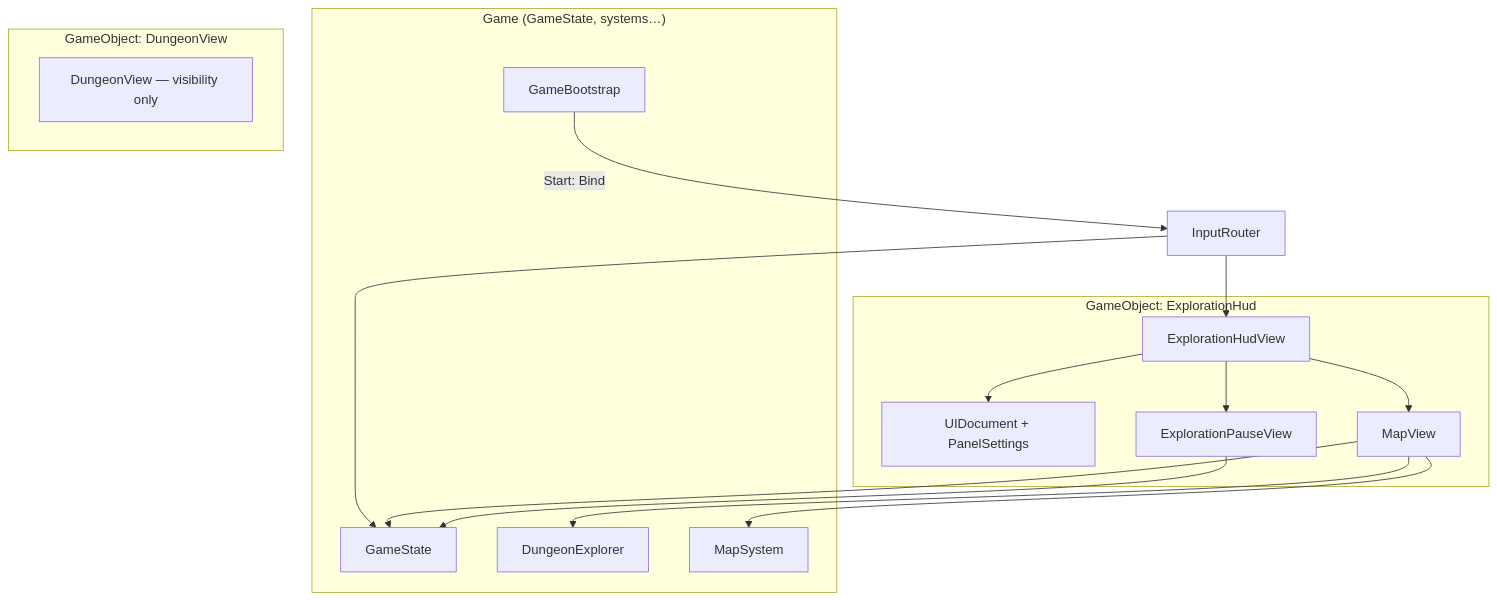
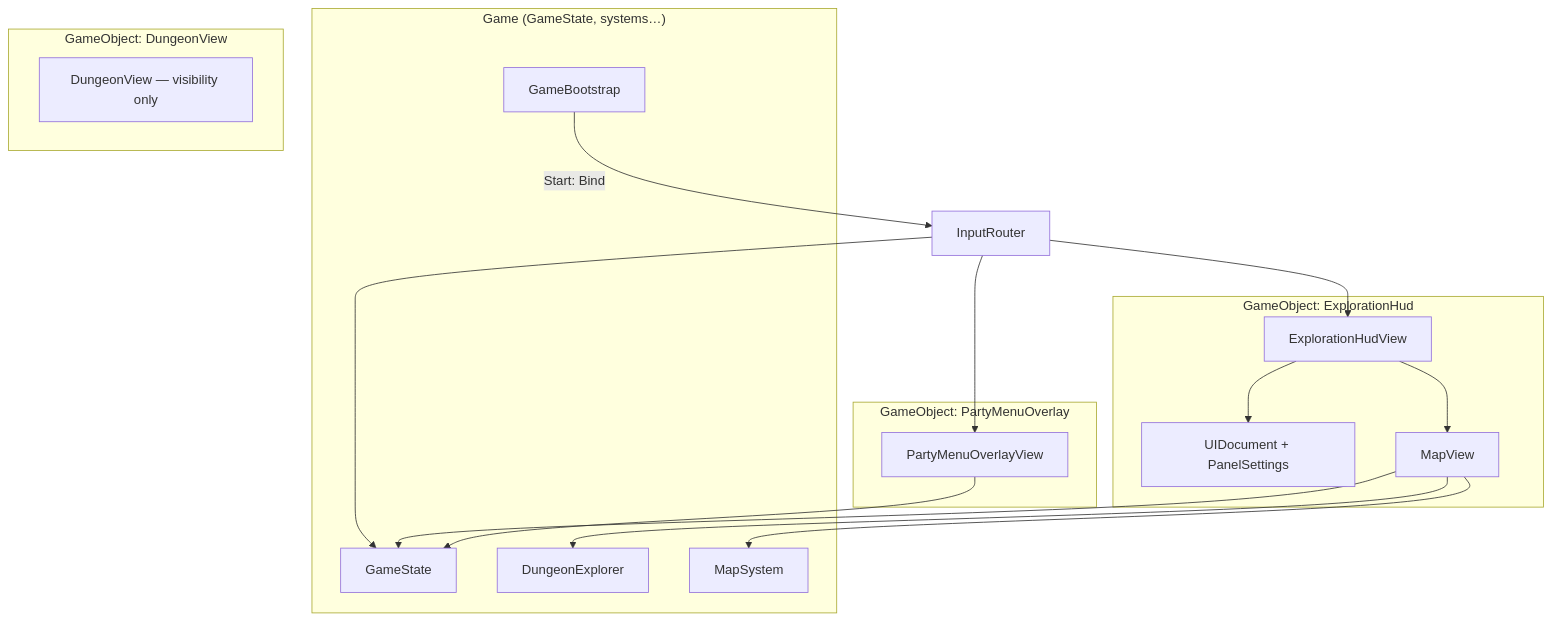
Before and after one commit to miramocha/griddungeon-design-docs: the first of 5 diagrams in docs/02-systems/exploration-ui.md, drawn with Mermaid. The commit also changed other lines of this file and 3 other files, not shown here.

First line of the commit message:
docs(ui): party menu is exploration pause shell

````diff
--- a/docs/02-systems/exploration-ui.md
+++ b/docs/02-systems/exploration-ui.md
@@ -36,33 +36,36 @@
 ```mermaid
 flowchart TB
     subgraph GameRoot["Game (GameState, systems…)"]
         GS[GameState]
         EX[DungeonExplorer]
         MS[MapSystem]
         GB[GameBootstrap]
     end
 
     subgraph ExplorationHudGO["GameObject: ExplorationHud"]
         DOC[UIDocument + PanelSettings]
         EHV[ExplorationHudView]
         MV[MapView]
-        EPV[ExplorationPauseView]
+    end
+
+    subgraph PartyMenuGO["GameObject: PartyMenuOverlay"]
+        PMO[PartyMenuOverlayView]
     end
 
     subgraph World["GameObject: DungeonView"]
         DV[DungeonView — visibility only]
     end
 
     IR[InputRouter]
 
     GB -->|Start: Bind| IR
     IR --> GS
     EHV --> DOC
     EHV --> MV
-    EHV --> EPV
     MV --> GS
     MV --> EX
     MV --> MS
-    EPV --> GS
+    PMO --> GS
     IR --> EHV
+    IR --> PMO
 ```
````
